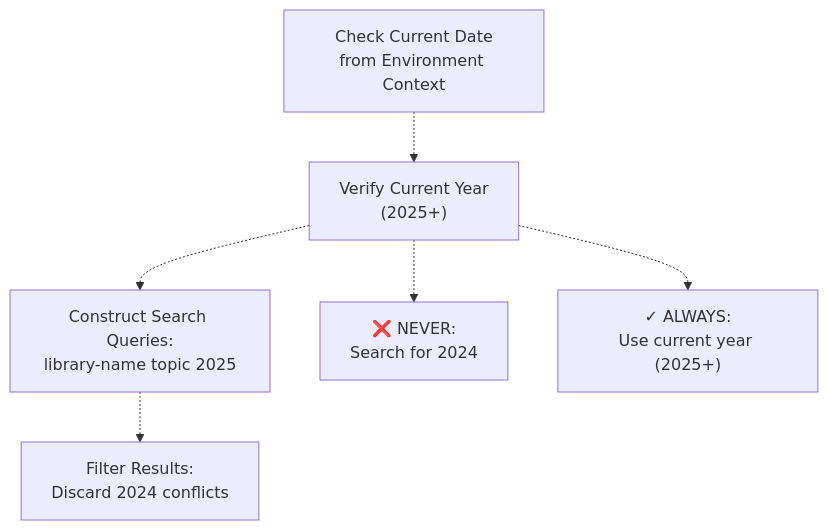
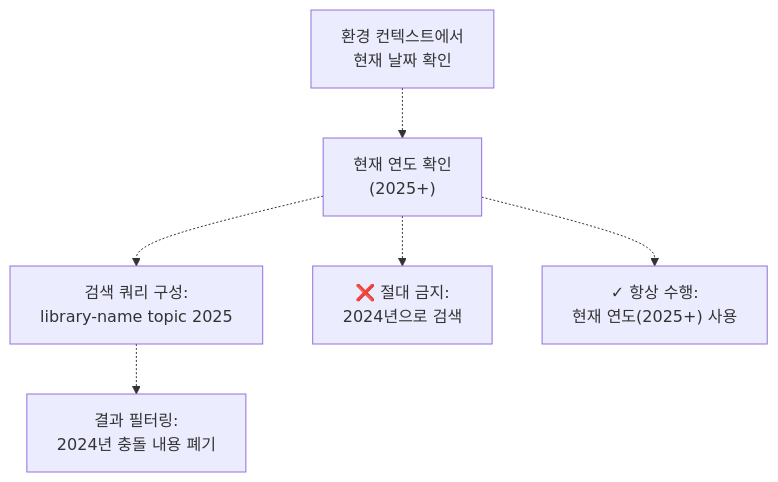
The fourth of 5 diagrams in docs/agents/librarian-agent.md (felipetruman/oh-my-opencode-docs), drawn with Mermaid before and after one commit. The commit also changed other lines of this file and 76 other files, not shown here.

````diff
--- a/docs/agents/librarian-agent.md
+++ b/docs/agents/librarian-agent.md
@@ -384,16 +384,16 @@
 ```mermaid
 flowchart TD
 
-EnvCheck["Check Current Date<br>from Environment Context"]
-YearVerify["Verify Current Year<br>(2025+)"]
-QueryConstruct["Construct Search Queries:<br>library-name topic 2025"]
-ResultFilter["Filter Results:<br>Discard 2024 conflicts"]
-Never["❌ NEVER:<br>Search for 2024"]
-Always["✓ ALWAYS:<br>Use current year (2025+)"]
+EnvCheck["환경 컨텍스트에서<br>현재 날짜 확인"]
+YearVerify["현재 연도 확인<br>(2025+)"]
+QueryConstruct["검색 쿼리 구성:<br>library-name topic 2025"]
+ResultFilter["결과 필터링:<br>2024년 충돌 내용 폐기"]
+Never["❌ 절대 금지:<br>2024년으로 검색"]
+Always["✓ 항상 수행:<br>현재 연도(2025+) 사용"]
 
 EnvCheck -.-> YearVerify
 YearVerify -.-> QueryConstruct
 QueryConstruct -.-> ResultFilter
 YearVerify -.-> Never
 YearVerify -.-> Always
 ```
````
